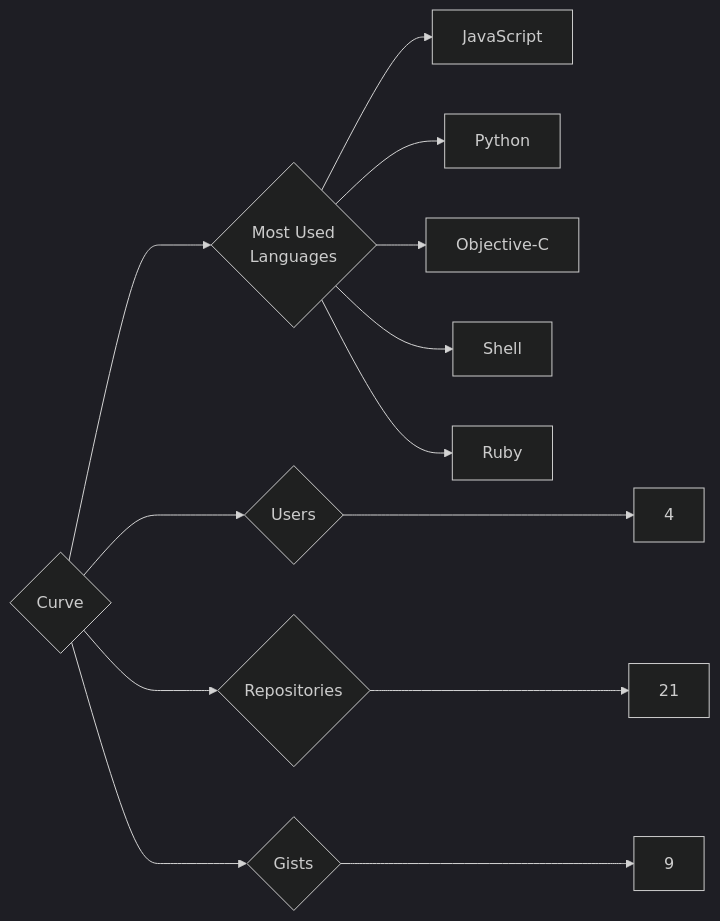
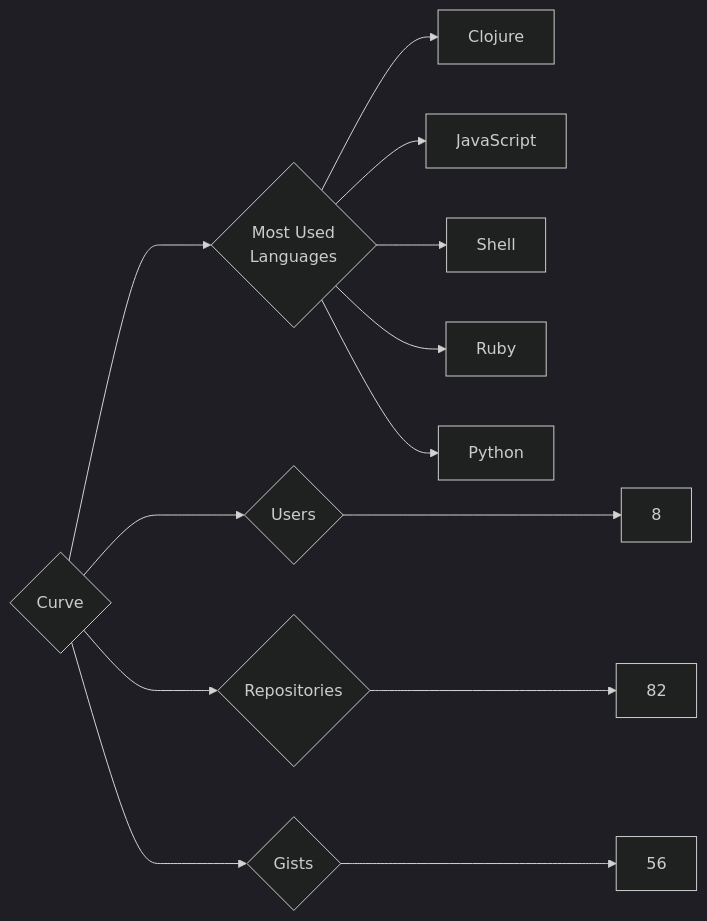
Before and after one commit to trickest/insiders: the diagram in targets/Curve/README.md, drawn with Mermaid (dark theme). The commit also changed 1120 other files, not shown here.

````diff
--- a/targets/Curve/README.md
+++ b/targets/Curve/README.md
@@ -3,13 +3,13 @@
 ```mermaid
 graph LR
 COMPANY_NAME{Curve}
-COMPANY_NAME ---> U{Users} ---> UN[4]
-COMPANY_NAME ---> R{Repositories} ---> RN[21]
-COMPANY_NAME ---> G{Gists} ---> GN[9]
+COMPANY_NAME ---> U{Users} ---> UN[8]
+COMPANY_NAME ---> R{Repositories} ---> RN[82]
+COMPANY_NAME ---> G{Gists} ---> GN[56]
 COMPANY_NAME ---> ML{Most Used<br>Languages}
+ML --> Clojure[Clojure]
 ML --> JavaScript[JavaScript]
-ML --> Python[Python]
-ML --> Objective-C[Objective-C]
 ML --> Shell[Shell]
 ML --> Ruby[Ruby]
+ML --> Python[Python]
 ```
````
